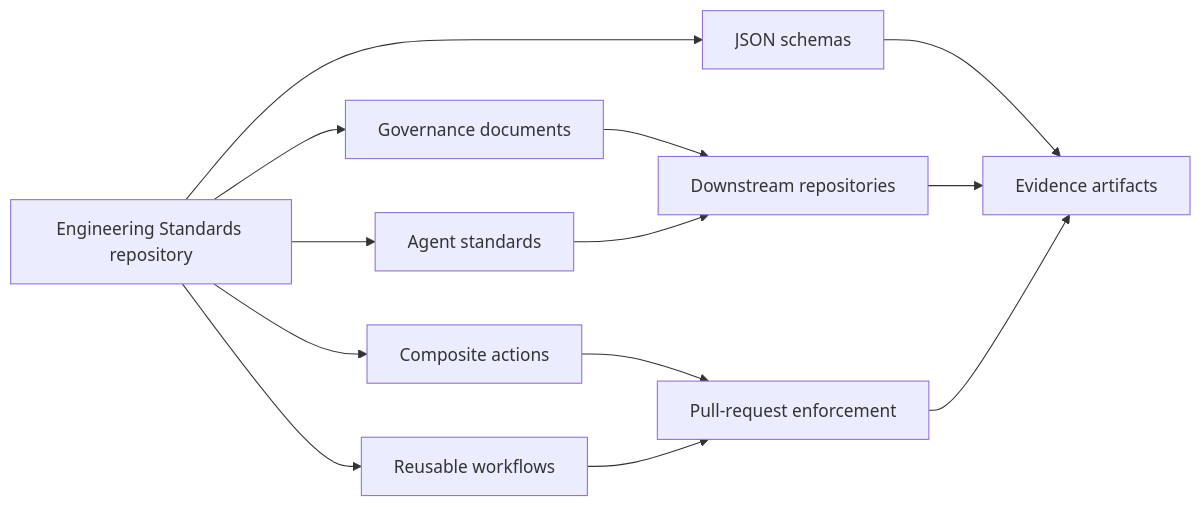
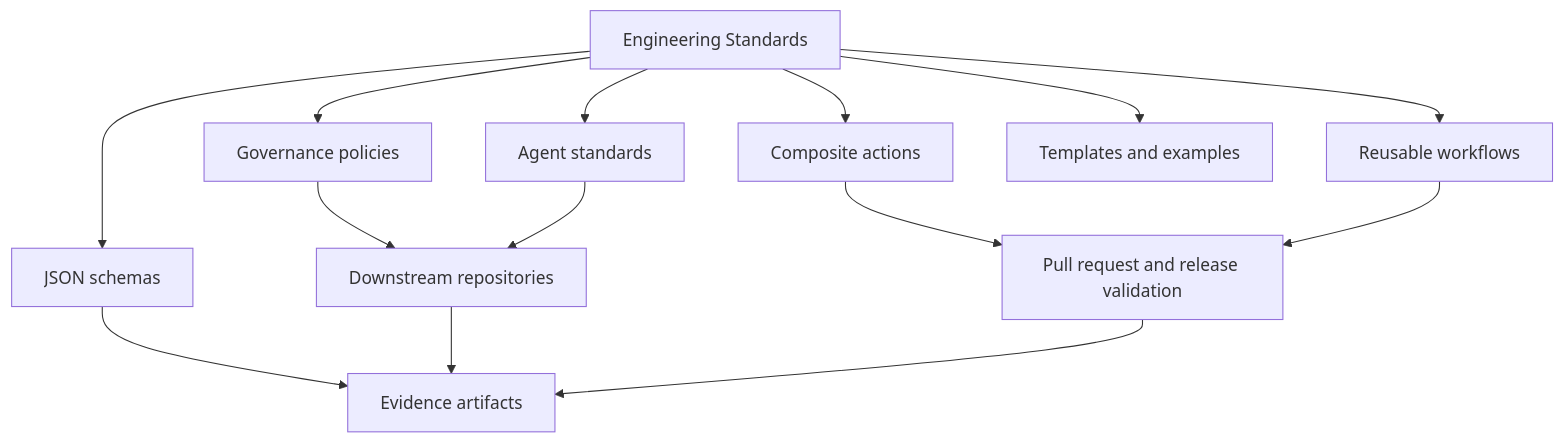
Before and after one commit to AIAllTheThingz/Engineering-Standards: the diagram in README.md, drawn with Mermaid. The commit also changed other lines of this file and 155 other files, not shown here.

Commit message:
Rebuild engineering standards governance repository

````diff
--- a/README.md
+++ b/README.md
@@ -26,15 +43,16 @@
 ```mermaid
-flowchart LR
-  ES["Engineering Standards repository"] --> GD["Governance documents"]
+flowchart TD
+  ES["Engineering Standards"] --> GOV["Governance policies"]
   ES --> AG["Agent standards"]
   ES --> SC["JSON schemas"]
-  ES --> CA["Composite actions"]
-  ES --> RW["Reusable workflows"]
-  GD --> DR["Downstream repositories"]
-  AG --> DR
+  ES --> ACT["Composite actions"]
+  ES --> WF["Reusable workflows"]
+  ES --> TPL["Templates and examples"]
+  GOV --> DOWN["Downstream repositories"]
+  AG --> DOWN
   SC --> EV["Evidence artifacts"]
-  CA --> PE["Pull-request enforcement"]
-  RW --> PE
-  DR --> EV
-  PE --> EV
+  ACT --> CI["Pull request and release validation"]
+  WF --> CI
+  DOWN --> EV
+  CI --> EV
 ```
````
